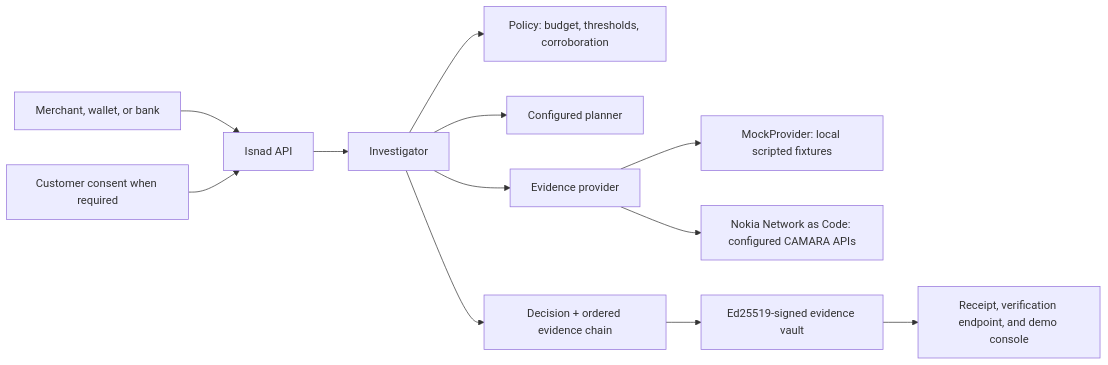
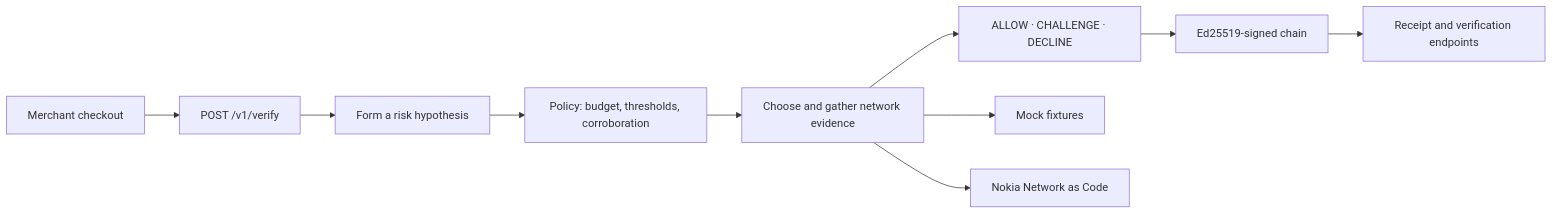
One commit to AhmadShadeed32/isnad changed the diagram in README.md. Above: the diagram before and after it, drawn with Mermaid. The commit also changed other lines of this file and 44 other files, not shown here.

````diff
--- a/README.md
+++ b/README.md
@@ -360,14 +224,12 @@
 ```mermaid
 flowchart LR
-    M[Merchant, wallet, or bank] --> API[Isnad API]
-    C[Customer consent when required] --> API
-    API --> I[Investigator]
-    I --> P[Policy: budget, thresholds, corroboration]
-    I --> L[Configured planner]
-    I --> E[Evidence provider]
-    E --> MOCK[MockProvider: local scripted fixtures]
-    E --> NAC[Nokia Network as Code: configured CAMARA APIs]
-    I --> V[Decision + ordered evidence chain]
-    V --> S[Ed25519-signed evidence vault]
-    S --> R[Receipt, verification endpoint, and demo console]
+    M[Merchant checkout] --> API[POST /v1/verify]
+    API --> H[Form a risk hypothesis]
+    H --> P[Policy: budget, thresholds, corroboration]
+    P --> E[Choose and gather network evidence]
+    E --> D[ALLOW · CHALLENGE · DECLINE]
+    D --> V[Ed25519-signed chain]
+    V --> R[Receipt and verification endpoints]
+    E --> MOCK[Mock fixtures]
+    E --> NAC[Nokia Network as Code]
 ```
````
